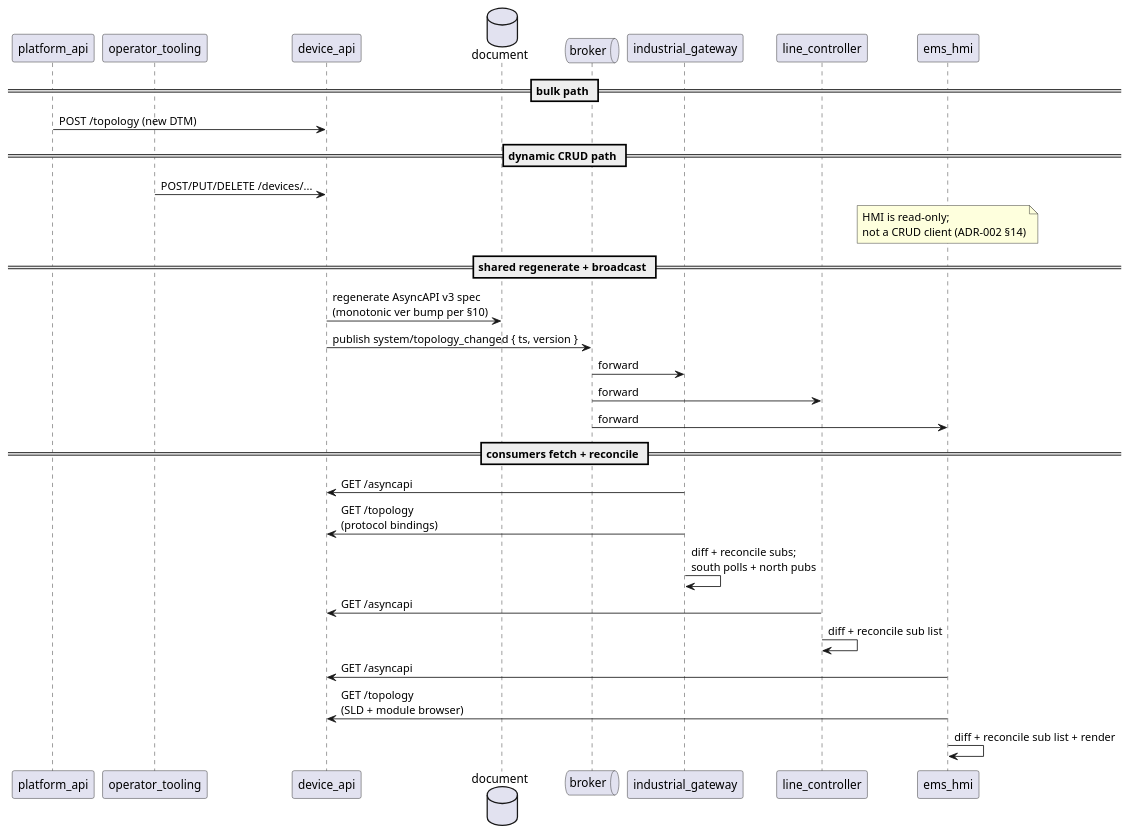
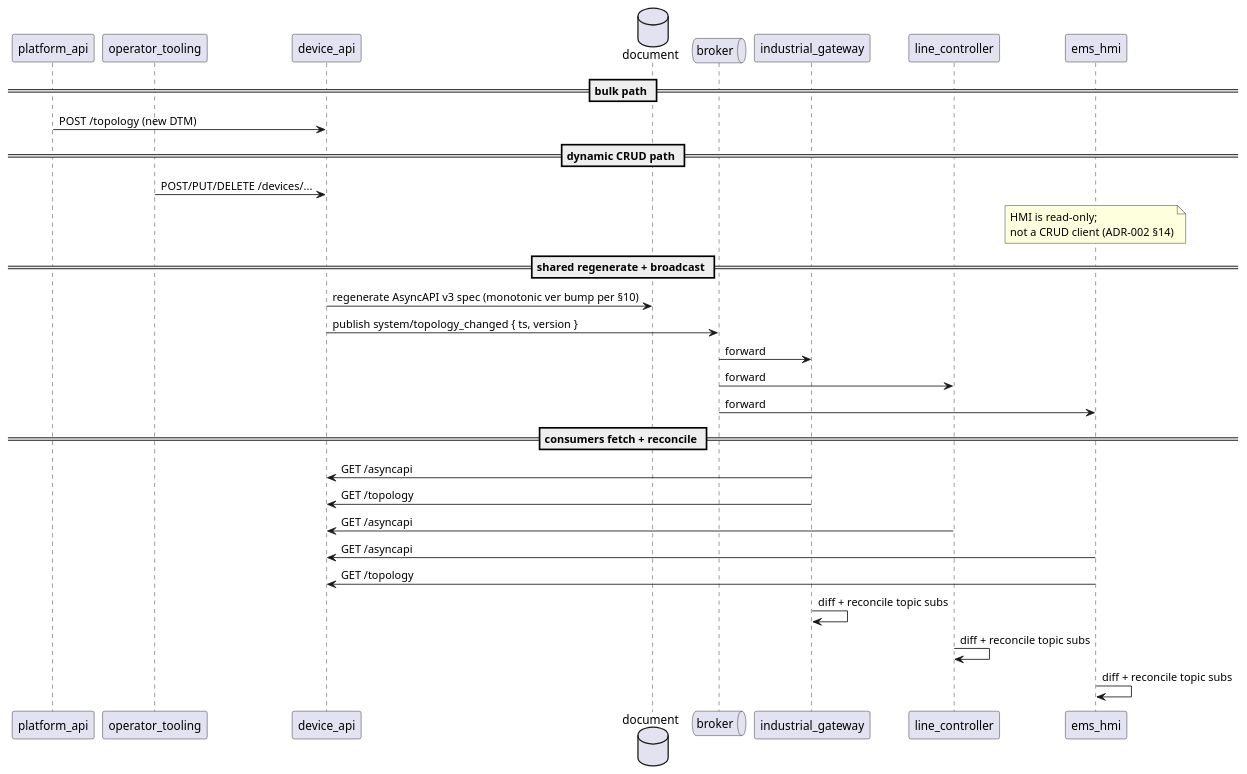
The third of 6 diagrams in readme.md (arcnode-io/ems), drawn with PlantUML before and after one commit.

Commit message:
🎨 style: tighten UML — drop linebreaks, parentheticals, semicolons
Bring updated topology sequence in line with existing one-line message
style (no `\n`, no `;`, no inline hints).

````diff
--- a/readme.md
+++ b/readme.md
@@ -120,36 +120,34 @@
 ```plantuml
 participant platform_api
 participant operator_tooling
 participant device_api
 database document
 queue broker
 participant industrial_gateway
 participant line_controller
 participant ems_hmi
 
 == bulk path ==
 platform_api -> device_api: POST /topology (new DTM)
 
 == dynamic CRUD path ==
 operator_tooling -> device_api: POST/PUT/DELETE /devices/...
 note over ems_hmi: HMI is read-only;\nnot a CRUD client (ADR-002 §14)
 
 == shared regenerate + broadcast ==
-device_api -> document: regenerate AsyncAPI v3 spec\n(monotonic ver bump per §10)
+device_api -> document: regenerate AsyncAPI v3 spec (monotonic ver bump per §10)
 device_api -> broker: publish system/topology_changed { ts, version }
 broker -> industrial_gateway: forward
 broker -> line_controller: forward
 broker -> ems_hmi: forward
 
 == consumers fetch + reconcile ==
 industrial_gateway -> device_api: GET /asyncapi
-industrial_gateway -> device_api: GET /topology\n(protocol bindings)
-industrial_gateway -> industrial_gateway: diff + reconcile subs;\nsouth polls + north pubs
-
+industrial_gateway -> device_api: GET /topology
 line_controller -> device_api: GET /asyncapi
-line_controller -> line_controller: diff + reconcile sub list
-
 ems_hmi -> device_api: GET /asyncapi
-ems_hmi -> device_api: GET /topology\n(SLD + module browser)
-ems_hmi -> ems_hmi: diff + reconcile sub list + render
+ems_hmi -> device_api: GET /topology
+industrial_gateway -> industrial_gateway: diff + reconcile topic subs
+line_controller -> line_controller: diff + reconcile topic subs
+ems_hmi -> ems_hmi: diff + reconcile topic subs
 ```
````
